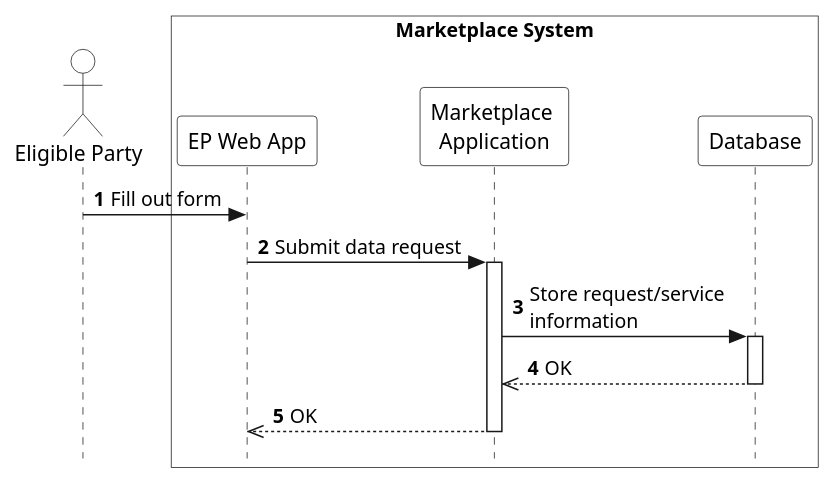
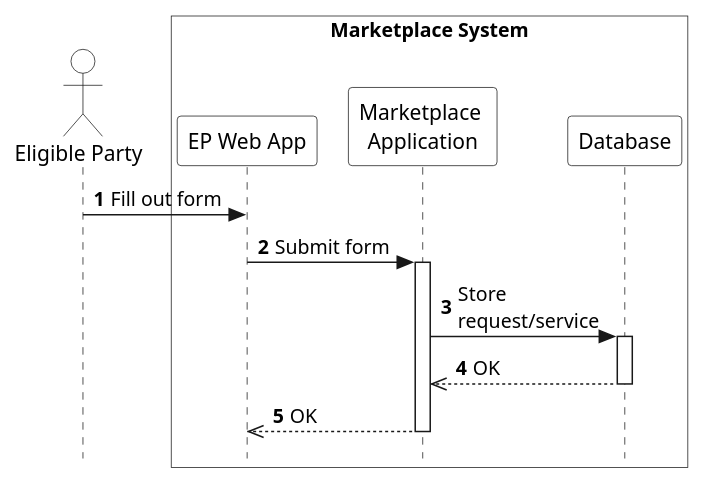
The diagram in arc42/marketplace/runtime-view/figures/marketplace-create-request.puml (eddie-energy/architecture), drawn with PlantUML before and after one commit. The commit also changed 4 other files, not shown here.

```diff
--- a/arc42/marketplace/runtime-view/figures/marketplace-create-request.puml
+++ b/arc42/marketplace/runtime-view/figures/marketplace-create-request.puml
@@ -1,29 +1,29 @@
 @startuml marketplace-create-request
 
 skinparam style strictuml
 skinparam sequence {
   ParticipantBackgroundColor transparent
   ActorBackgroundColor transparent
 }
 
 autonumber
 !pragma teoz true
 
 actor "Eligible Party" as ep
 box "Marketplace System" #transparent
   participant "EP Web App" as app
   participant "Marketplace \nApplication" as marketplace
   participant "Database" as database
 end box
 
 ep -> app : Fill out form
-app -> marketplace : Submit data request
+app -> marketplace : Submit form
 activate marketplace
-marketplace -> database : Store request/service \ninformation
+marketplace -> database : Store \nrequest/service
 activate database
 database -->> marketplace : OK
 deactivate database
 marketplace -->> app : OK
 deactivate marketplace
 
 @enduml
```
